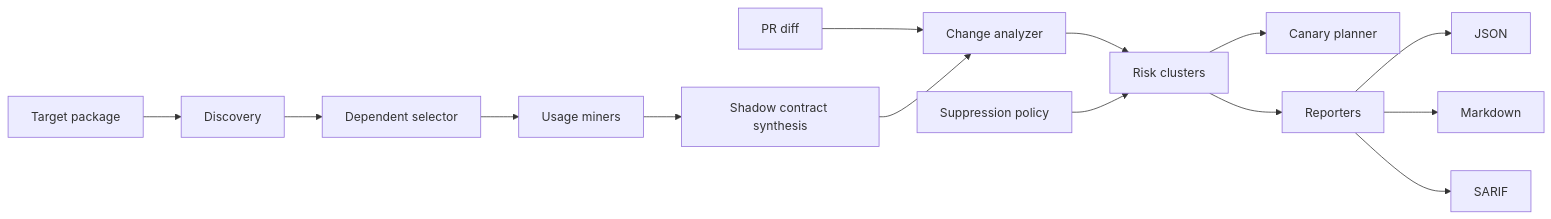
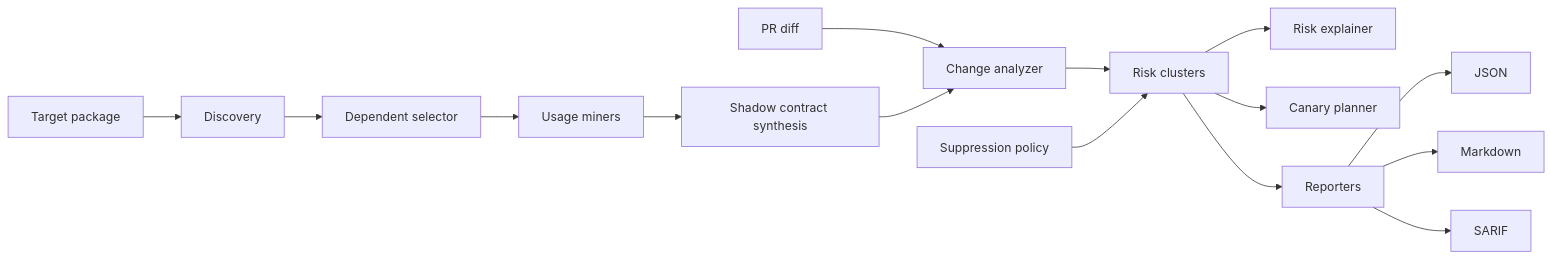
The diagram in docs/reference/architecture.md (BoSuY0/HyrumGuard), drawn with Mermaid before and after one commit. The commit also changed other lines of this file and 8 other files, not shown here.

````diff
--- a/docs/reference/architecture.md
+++ b/docs/reference/architecture.md
@@ -7,16 +7,17 @@
 ```mermaid
 flowchart LR
     A[Target package] --> B[Discovery]
     B --> C[Dependent selector]
     C --> D[Usage miners]
     D --> E[Shadow contract synthesis]
     F[PR diff] --> G[Change analyzer]
     E --> G
     G --> H[Risk clusters]
     K[Suppression policy] --> H
+    H --> L[Risk explainer]
     H --> I[Canary planner]
     H --> J[Reporters]
     J --> J1[JSON]
     J --> J2[Markdown]
     J --> J3[SARIF]
 ```
````
